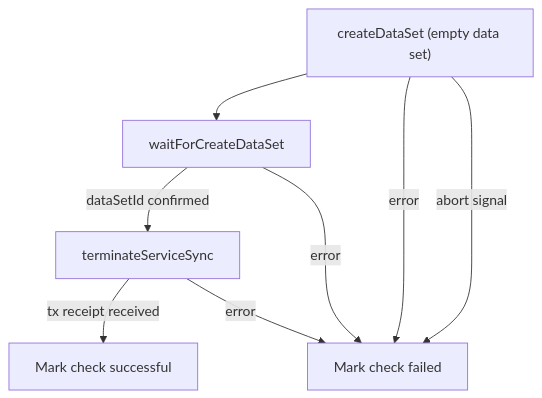
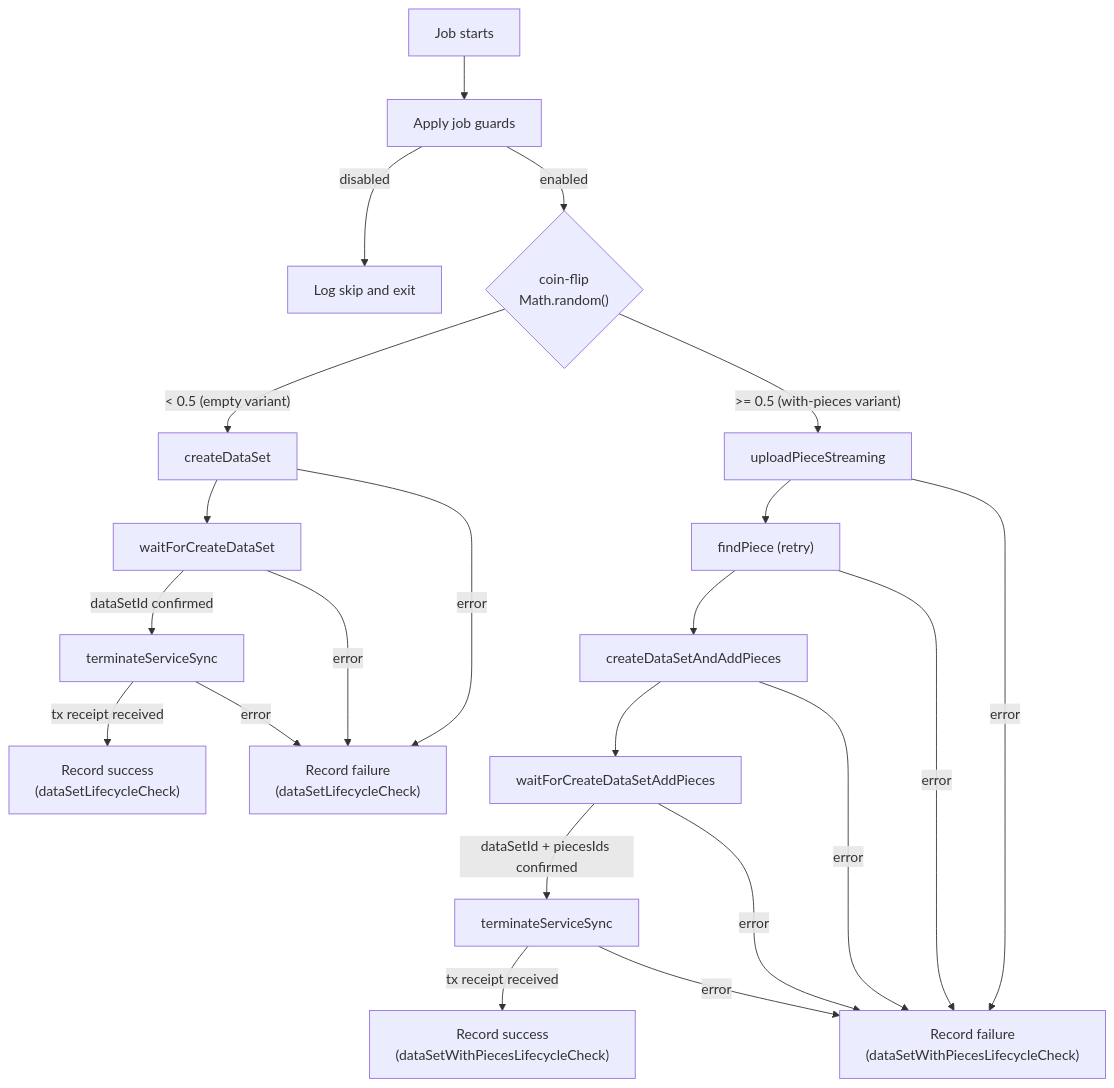
One commit to FilOzone/dealbot changed the diagram in docs/checks/data-set-lifecycle-check.md. Above: the diagram before and after it, drawn with Mermaid. The commit also changed other lines of this file and 2 other files, not shown here.

````diff
--- a/docs/checks/data-set-lifecycle-check.md
+++ b/docs/checks/data-set-lifecycle-check.md
@@ -38,10 +59,26 @@
 ```mermaid
 flowchart TD
-  CreateDataSet["createDataSet (empty data set)"] --> Wait["waitForCreateDataSet"]
-  Wait -->|dataSetId confirmed| Terminate["terminateServiceSync"]
-  Terminate -->|tx receipt received| Success["Mark check successful"]
-  Terminate -->|error| Fail["Mark check failed"]
-  Wait -->|error| Fail
-  CreateDataSet -->|error| Fail
-  CreateDataSet -->|abort signal| Fail
+  Start["Job starts"] --> Guard["Apply job guards"]
+  Guard -->|disabled| Skip["Log skip and exit"]
+  Guard -->|enabled| CoinFlip{"coin-flip\nMath.random()"}
+
+  CoinFlip -->|"< 0.5 (empty variant)"| CreateDataSet["createDataSet"]
+  CreateDataSet --> WaitEmpty["waitForCreateDataSet"]
+  WaitEmpty -->|dataSetId confirmed| TerminateE["terminateServiceSync"]
+  TerminateE -->|tx receipt received| SuccessE["Record success\n(dataSetLifecycleCheck)"]
+  TerminateE -->|error| FailE["Record failure\n(dataSetLifecycleCheck)"]
+  WaitEmpty -->|error| FailE
+  CreateDataSet -->|error| FailE
+
+  CoinFlip -->|">= 0.5 (with-pieces variant)"| Upload["uploadPieceStreaming"]
+  Upload --> FindPiece["findPiece (retry)"]
+  FindPiece --> CreateWithPieces["createDataSetAndAddPieces"]
+  CreateWithPieces --> WaitPieces["waitForCreateDataSetAddPieces"]
+  WaitPieces -->|dataSetId + piecesIds confirmed| TerminateW["terminateServiceSync"]
+  TerminateW -->|tx receipt received| SuccessW["Record success\n(dataSetWithPiecesLifecycleCheck)"]
+  TerminateW -->|error| FailW["Record failure\n(dataSetWithPiecesLifecycleCheck)"]
+  WaitPieces -->|error| FailW
+  CreateWithPieces -->|error| FailW
+  FindPiece -->|error| FailW
+  Upload -->|error| FailW
 ```
````
